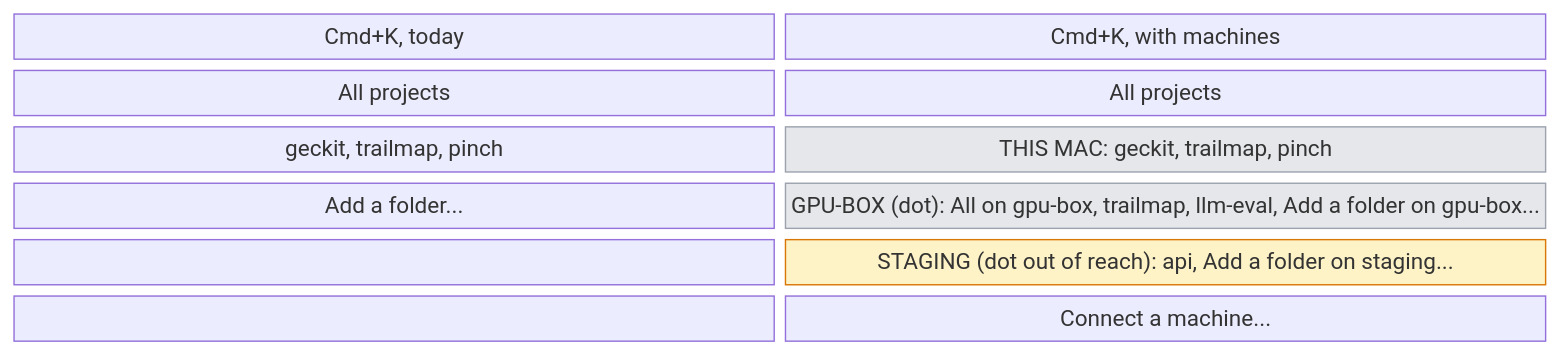
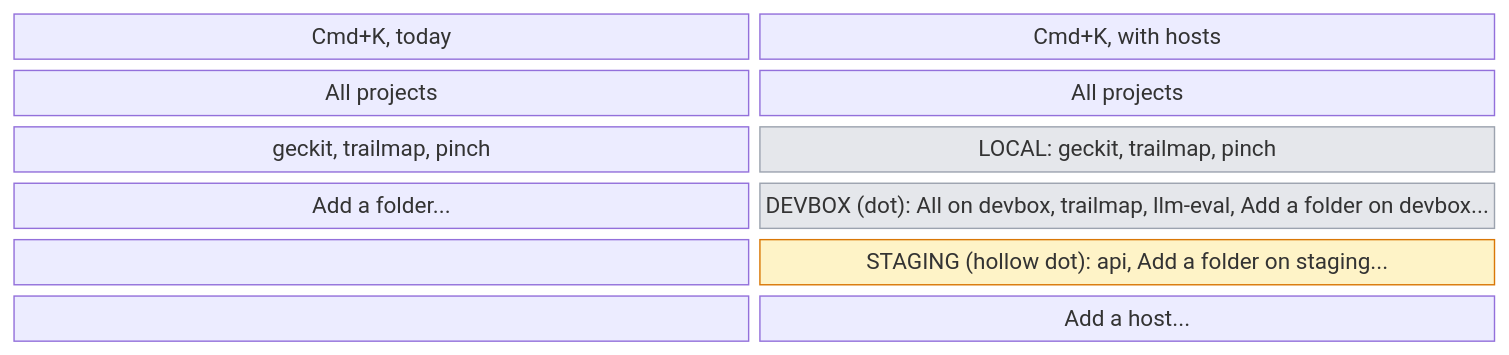
One commit to anetrebskii/geckit changed the first of 3 diagrams in docs/ux/remote-hosts.md. Above: the diagram before and after it, drawn with Mermaid. The commit also changed other lines of this file and 8 other files, not shown here.

Commit message:
Remote hosts design speaks of hosts only, calls this computer Local on every system, and adds a host with Address, User, Port and a key or a password, the password kept in the system's credential store when remembered

````diff
--- a/docs/ux/remote-hosts.md
+++ b/docs/ux/remote-hosts.md
@@ -46,13 +52,13 @@
 ```mermaid
 block-beta
   columns 2
-  h1["Cmd+K, today"] h2["Cmd+K, with machines"]
+  h1["Cmd+K, today"] h2["Cmd+K, with hosts"]
   a1["All projects"] a2["All projects"]
-  b1["geckit, trailmap, pinch"] b2["THIS MAC: geckit, trailmap, pinch"]
-  c1["Add a folder..."] c2["GPU-BOX (dot): All on gpu-box, trailmap, llm-eval, Add a folder on gpu-box..."]
-  d1[" "] d2["STAGING (dot out of reach): api, Add a folder on staging..."]
-  e1[" "] e2["Connect a machine..."]
+  b1["geckit, trailmap, pinch"] b2["LOCAL: geckit, trailmap, pinch"]
+  c1["Add a folder..."] c2["DEVBOX (dot): All on devbox, trailmap, llm-eval, Add a folder on devbox..."]
+  d1[" "] d2["STAGING (hollow dot): api, Add a folder on staging..."]
+  e1[" "] e2["Add a host..."]
   style b2 fill:#e5e7eb,stroke:#9ca3af
   style c2 fill:#e5e7eb,stroke:#9ca3af
   style d2 fill:#fef3c7,stroke:#d97706
 ```
````
